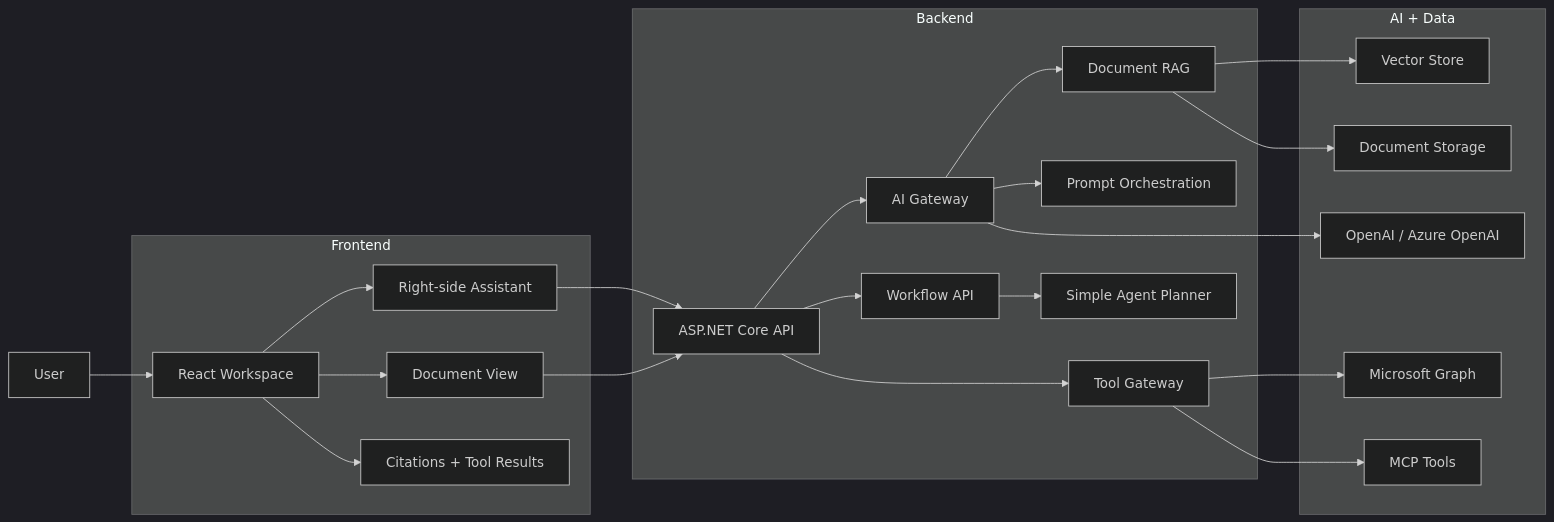
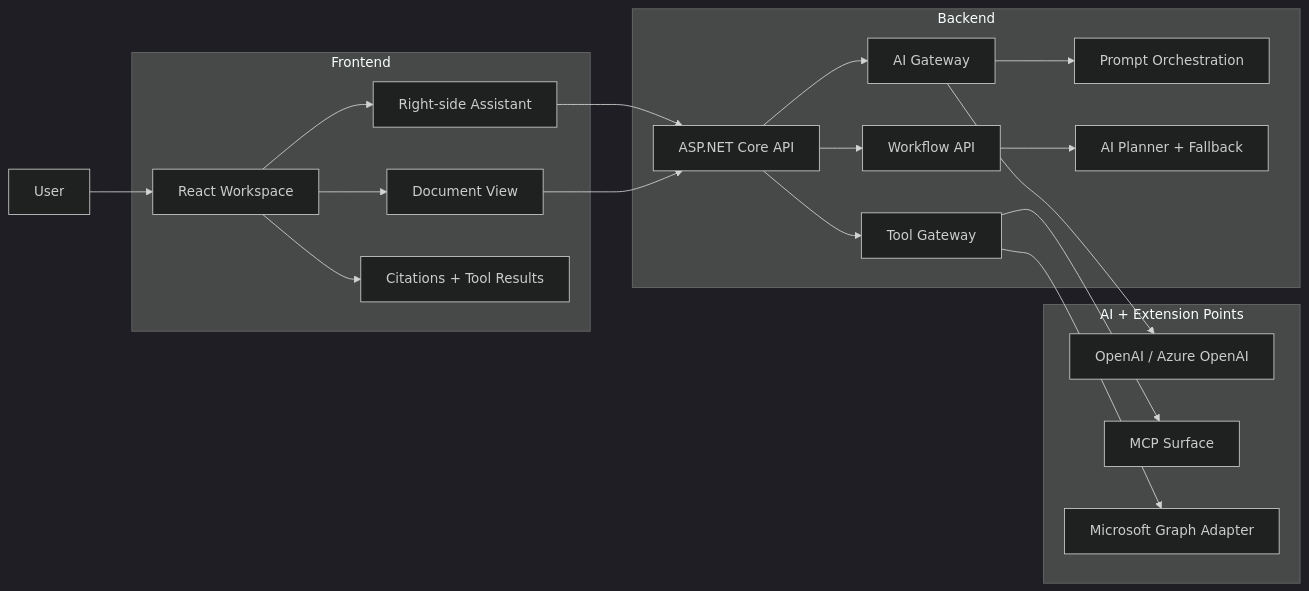
One commit to haoyucheng369-gif/enterprise-ai-document-assistant changed the first of 2 diagrams in README.md. Above: the diagram before and after it, drawn with Mermaid (dark theme). The commit also changed other lines of this file and 25 other files, not shown here.

Commit message:
Add AI planner routing and clarify skill workflows

````diff
--- a/README.md
+++ b/README.md
@@ -11,30 +11,27 @@
 ```mermaid
 flowchart LR
     user[User] --> ui[React Workspace]
 
     subgraph frontend[Frontend]
         ui --> docs[Document View]
         ui --> assistant[Right-side Assistant]
         ui --> panels[Citations + Tool Results]
     end
 
     assistant --> api[ASP.NET Core API]
     docs --> api
 
     subgraph backend[Backend]
         api --> gateway[AI Gateway]
         api --> tools[Tool Gateway]
         api --> workflows[Workflow API]
         gateway --> prompts[Prompt Orchestration]
-        gateway --> rag[Document RAG]
-        workflows --> planner[Simple Agent Planner]
+        workflows --> planner[AI Planner + Fallback]
     end
 
-    subgraph ai[AI + Data]
-        rag --> vector[Vector Store]
-        rag --> files[Document Storage]
+    subgraph ai[AI + Extension Points]
         gateway --> models[OpenAI / Azure OpenAI]
-        tools --> msgraph[Microsoft Graph]
-        tools --> mcp[MCP Tools]
+        tools --> mcp[MCP Surface]
+        tools --> msgraph[Microsoft Graph Adapter]
     end
 ```
````
